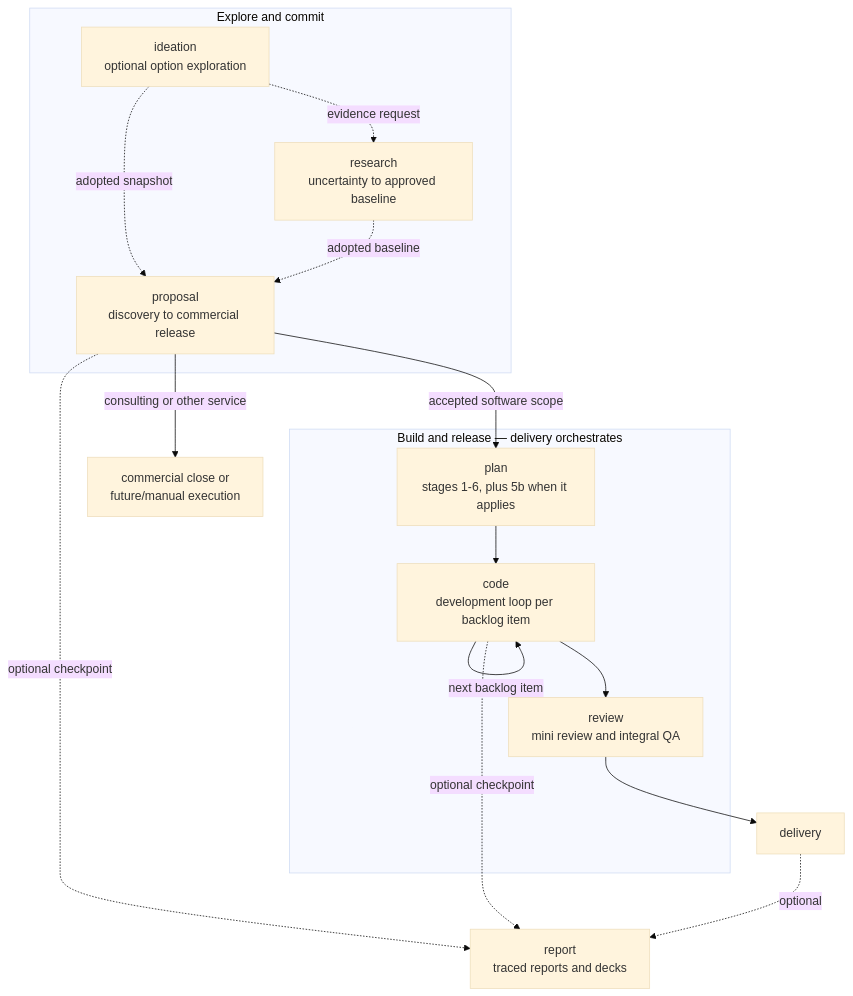
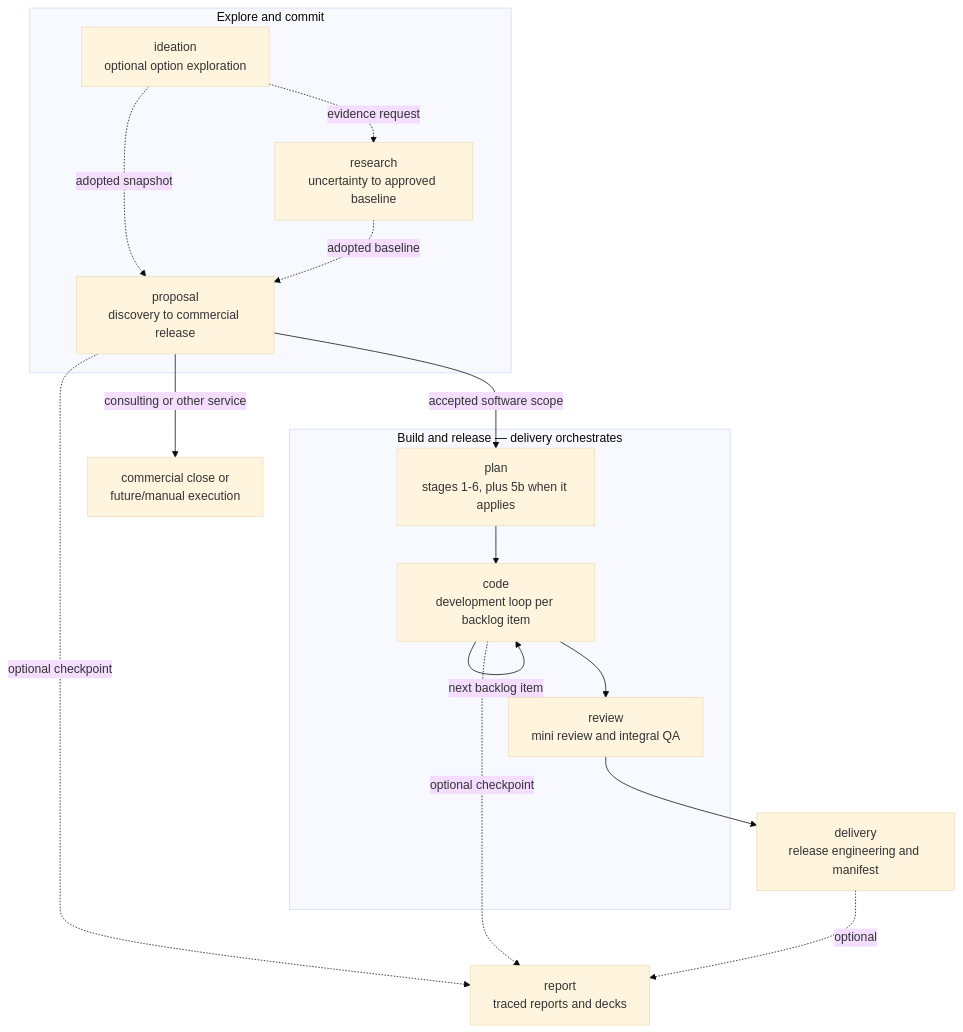
Before and after one commit to flaviogragnolati/ai-workflow: the diagram in README.md, drawn with Mermaid (base theme). The commit also changed other lines of this file and 19 other files, not shown here.

Commit message:
Feat: close gap in delivery - release workflow

````diff
--- a/README.md
+++ b/README.md
@@ -67,25 +67,25 @@
 ```mermaid
 flowchart TB
     subgraph EXPLORE["Explore and commit"]
         IDE["ideation<br/>optional option exploration"]
         RES["research<br/>uncertainty to approved baseline"]
         PRO["proposal<br/>discovery to commercial release"]
     end
     subgraph BUILD["Build and release — delivery orchestrates"]
         PLN["plan<br/>stages 1-6, plus 5b when it applies"]
         COD["code<br/>development loop per backlog item"]
         REV["review<br/>mini review and integral QA"]
     end
     IDE -. "adopted snapshot" .-> PRO
     IDE -. "evidence request" .-> RES
     RES -. "adopted baseline" .-> PRO
     PRO -->|"accepted software scope"| PLN
     PRO -->|"consulting or other service"| MAN["commercial close or<br/>future/manual execution"]
     PLN --> COD
     COD -->|"next backlog item"| COD
     COD --> REV
-    REV --> SHIP["delivery"]
+    REV --> SHIP["delivery<br/>release engineering and manifest"]
     PRO -. "optional checkpoint" .-> REP["report<br/>traced reports and decks"]
     COD -. "optional checkpoint" .-> REP
     SHIP -. "optional" .-> REP
 ```
````
